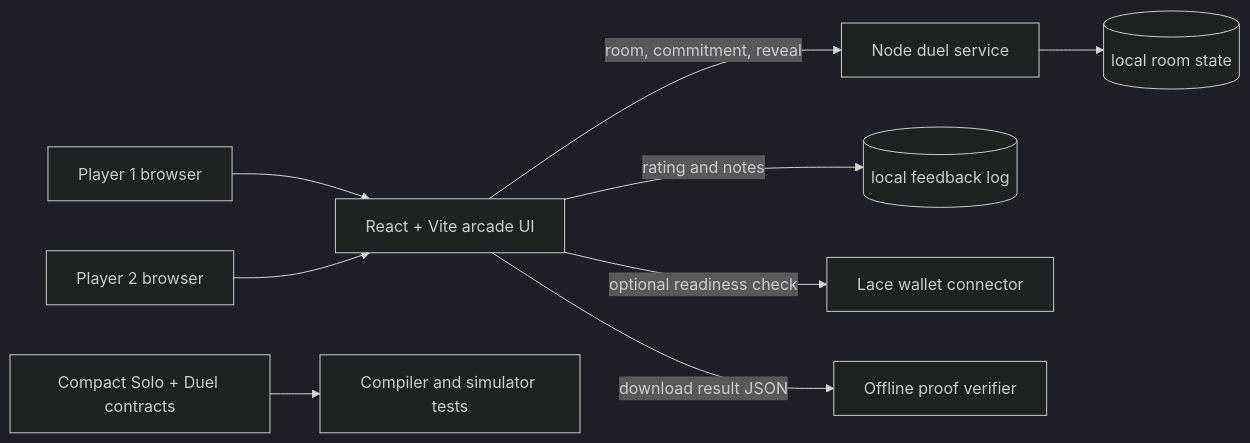
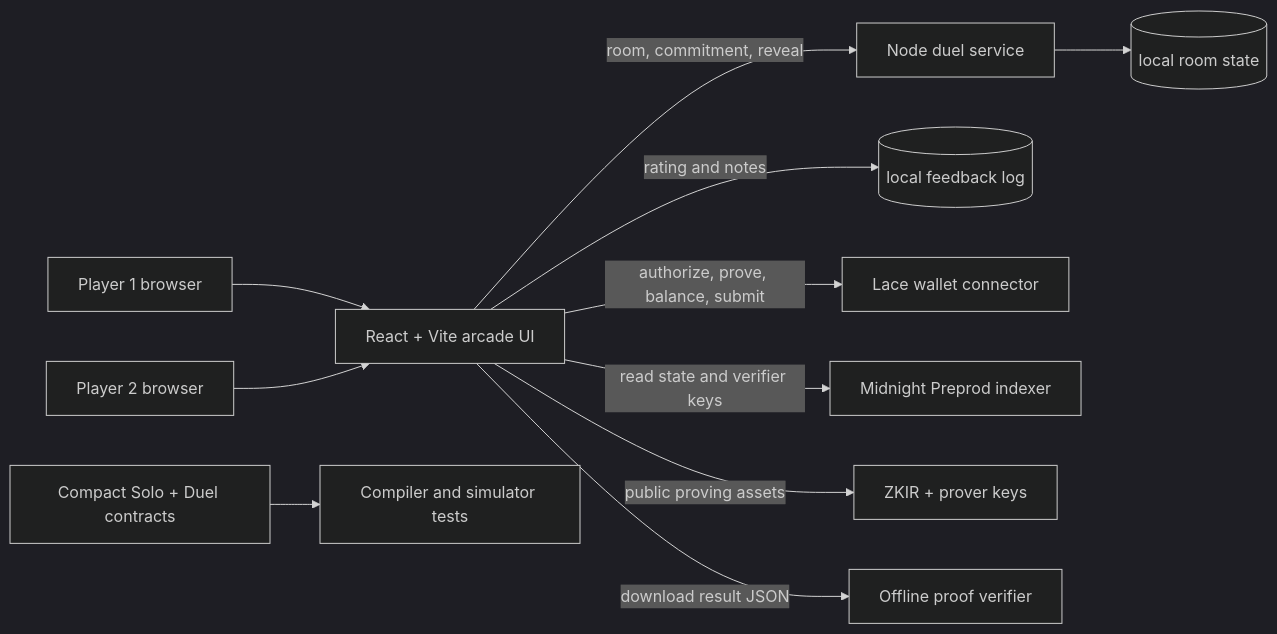
One commit to debojyoti10CC/nightflip changed the diagram in README.md. Above: the diagram before and after it, drawn with Mermaid (dark theme). The commit also changed other lines of this file and 1 other file, not shown here.

Commit message:
docs: describe Lace-backed Preprod game flow

````diff
--- a/README.md
+++ b/README.md
@@ -84,11 +84,13 @@
 ```mermaid
 flowchart LR
   P1[Player 1 browser] --> UI[React + Vite arcade UI]
   P2[Player 2 browser] --> UI
   UI -->|room, commitment, reveal| S[Node duel service]
   S --> D[(local room state)]
   UI -->|rating and notes| F[(local feedback log)]
-  UI -->|optional readiness check| W[Lace wallet connector]
+  UI -->|authorize, prove, balance, submit| W[Lace wallet connector]
+  UI -->|read state and verifier keys| I[Midnight Preprod indexer]
+  UI -->|public proving assets| Z[ZKIR + prover keys]
   UI -->|download result JSON| V[Offline proof verifier]
   C[Compact Solo + Duel contracts] --> T[Compiler and simulator tests]
 ```
````
